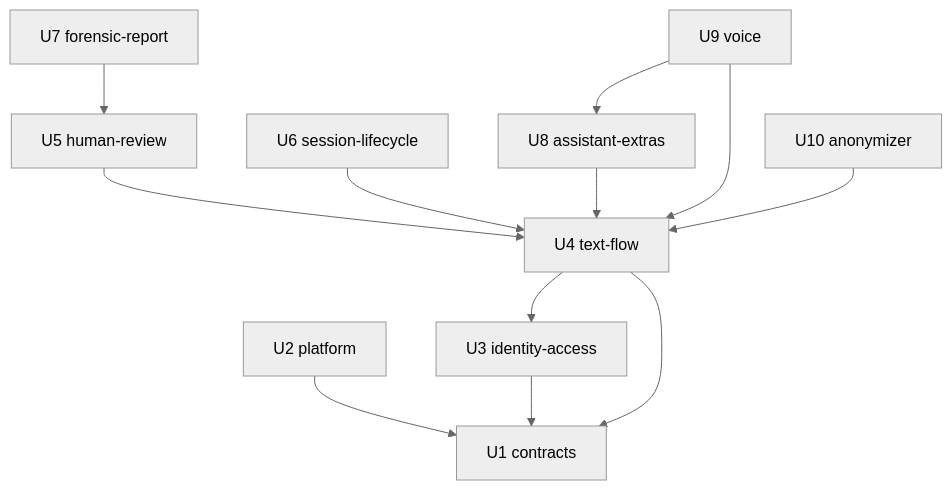
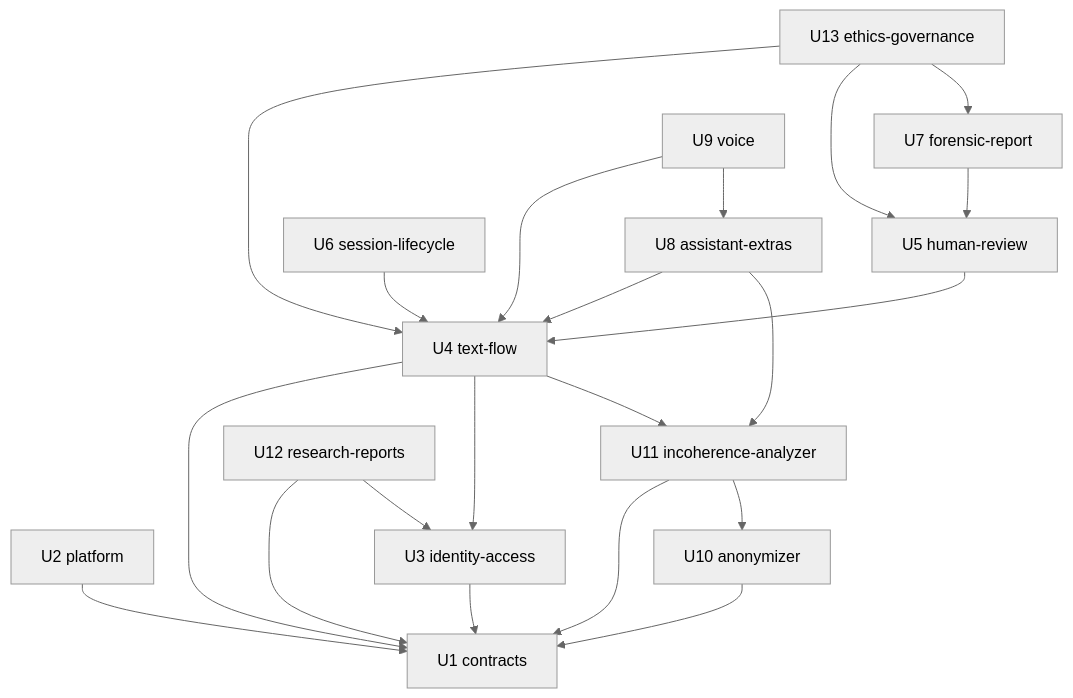
One commit to freyesJaveriana/tai changed the diagram in aidlc/spaces/default/intents/261002-veridicus-mvp/inception/units-generation/unit-of-work-dependency.md. Above: the diagram before and after it, drawn with Mermaid (neutral theme). The commit also changed other lines of this file and 9 other files, not shown here.

````diff
--- a/aidlc/spaces/default/intents/261002-veridicus-mvp/inception/units-generation/unit-of-work-dependency.md
+++ b/aidlc/spaces/default/intents/261002-veridicus-mvp/inception/units-generation/unit-of-work-dependency.md
@@ -45,24 +58,36 @@
 ```mermaid
 graph TD
   contracts[U1 contracts]
   platform[U2 platform]
   identity[U3 identity-access]
   textflow[U4 text-flow]
   review[U5 human-review]
   lifecycle[U6 session-lifecycle]
   report[U7 forensic-report]
   extras[U8 assistant-extras]
   voice[U9 voice]
   anon[U10 anonymizer]
+  analyzer[U11 incoherence-analyzer]
+  research[U12 research-reports]
+  ethics[U13 ethics-governance]
   platform --> contracts
   identity --> contracts
+  anon --> contracts
+  analyzer --> contracts
+  analyzer --> anon
   textflow --> contracts
   textflow --> identity
+  textflow --> analyzer
   review --> textflow
   lifecycle --> textflow
   report --> review
   extras --> textflow
+  extras --> analyzer
   voice --> textflow
   voice --> extras
-  anon --> textflow
+  research --> contracts
+  research --> identity
+  ethics --> textflow
+  ethics --> review
+  ethics --> report
 ```
````
